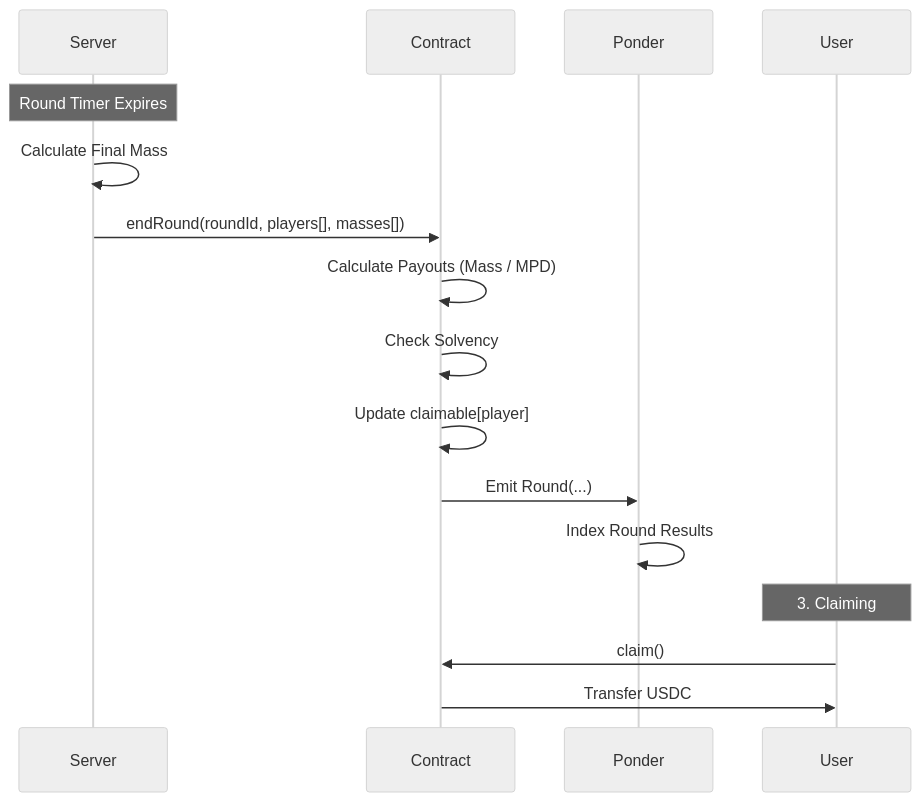
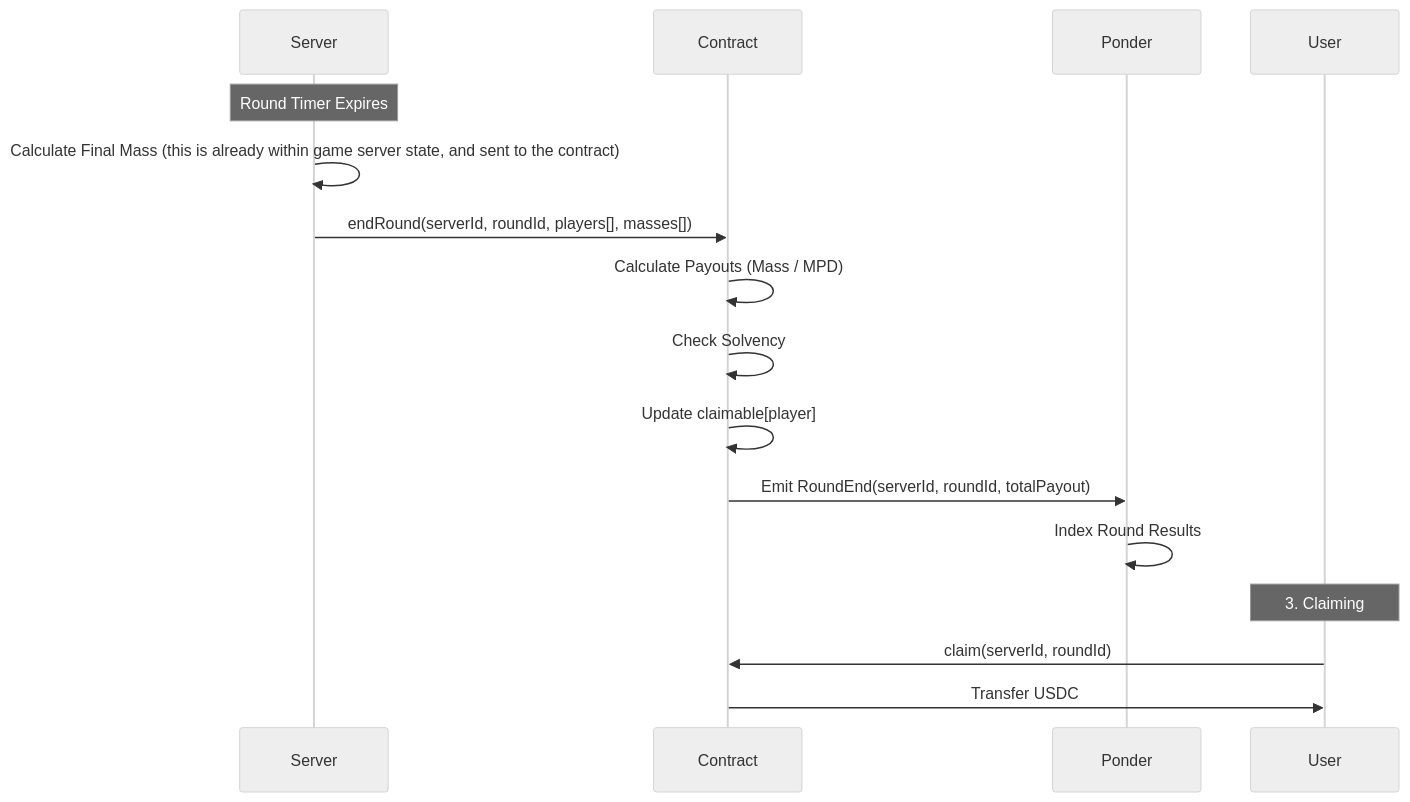
Before and after one commit to TheExpandingPolytope/goonverse: the third of 8 diagrams in ARCHITECTURE.md, drawn with Mermaid (neutral theme). The commit also changed other lines of this file and 29 other files, not shown here.

````diff
--- a/ARCHITECTURE.md
+++ b/ARCHITECTURE.md
@@ -111,22 +230,22 @@
 ```mermaid
 sequenceDiagram
     participant Server
     participant Contract
     participant Ponder
     participant User
 
     Note over Server: Round Timer Expires
-    Server->>Server: Calculate Final Mass
-    Server->>Contract: endRound(roundId, players[], masses[])
+    Server->>Server: Calculate Final Mass (this is already within game server state, and sent to the contract)
+    Server->>Contract: endRound(serverId, roundId, players[], masses[])
     
     Contract->>Contract: Calculate Payouts (Mass / MPD)
     Contract->>Contract: Check Solvency
     Contract->>Contract: Update claimable[player]
-    Contract->>Ponder: Emit Round(...)
+    Contract->>Ponder: Emit RoundEnd(serverId, roundId, totalPayout)
     
     Ponder->>Ponder: Index Round Results
     
     Note over User: 3. Claiming
-    User->>Contract: claim()
+    User->>Contract: claim(serverId, roundId)
     Contract->>User: Transfer USDC
 ```
````
